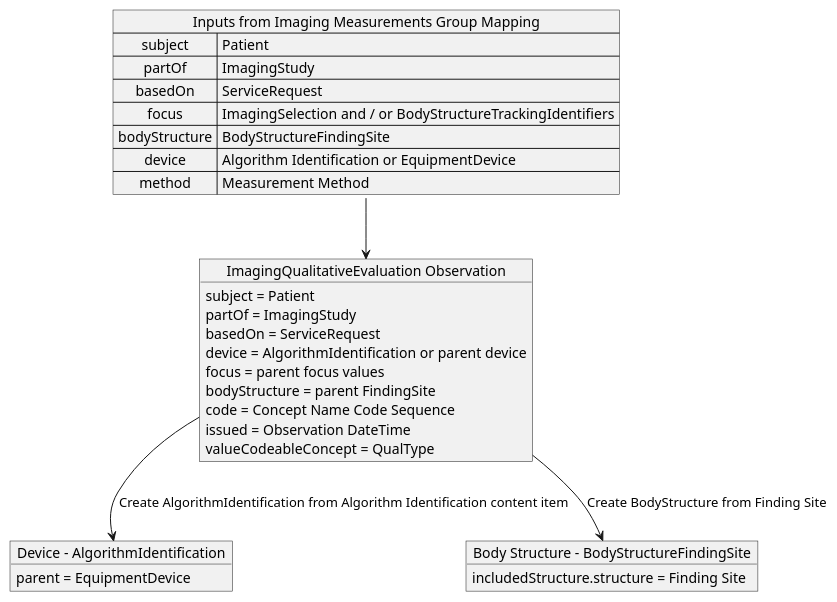
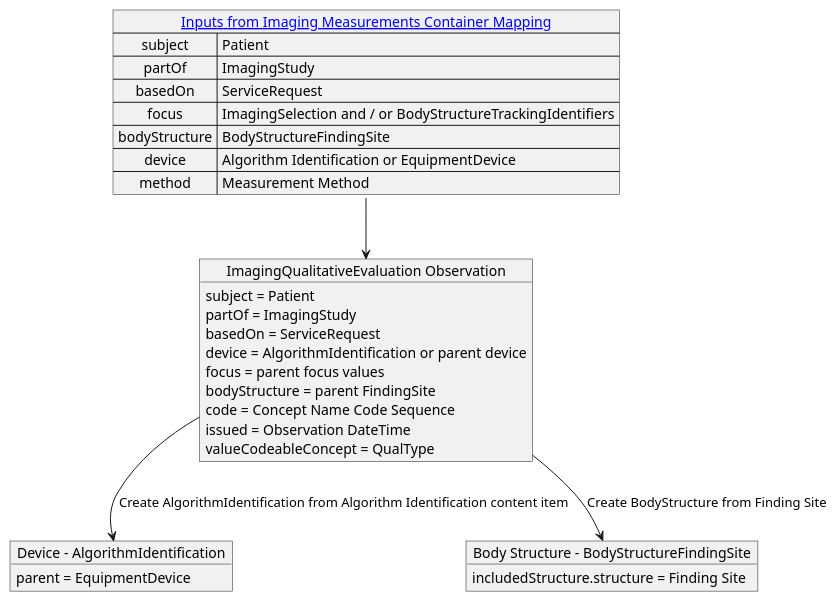
Before and after one commit to HL7/dicom-sr: the diagram in input/images-source/4_7_imaging_qualitative_evaluation_mapping.plantuml, drawn with PlantUML. The commit also changed 20 other files, not shown here.

Commit message:
FHIR-47480 - Complete fix of diagrams

```diff
--- a/input/images-source/4_7_imaging_qualitative_evaluation_mapping.plantuml
+++ b/input/images-source/4_7_imaging_qualitative_evaluation_mapping.plantuml
@@ -1,39 +1,39 @@
 @startuml imaging_qualitative_evaluation_mapping
 
-map "Inputs from Imaging Measurements Group Mapping" as inputs {
+map "[[mapping.html#imaging-measurements-container-mapping Inputs from Imaging Measurements Container Mapping]]" as inputs {
    subject => Patient
    partOf => ImagingStudy
    basedOn => ServiceRequest
    focus => ImagingSelection and / or BodyStructureTrackingIdentifiers
    bodyStructure => BodyStructureFindingSite
    device => Algorithm Identification or EquipmentDevice
    method => Measurement Method
 }
 
 object "Device - AlgorithmIdentification" as AlgorithmIdentification {
     parent = EquipmentDevice
 }
 
 object "Body Structure - BodyStructureFindingSite" as BodyStructureFindingSite {
     includedStructure.structure = Finding Site
 }
 
 object "ImagingQualitativeEvaluation Observation" as imagingQualitativeEvaluation {
     subject = Patient
     partOf = ImagingStudy
     basedOn = ServiceRequest
     device = AlgorithmIdentification or parent device
     focus = parent focus values
     bodyStructure = parent FindingSite
     code = Concept Name Code Sequence
     issued = Observation DateTime
     valueCodeableConcept = QualType
 }
 
 imagingQualitativeEvaluation --> AlgorithmIdentification: Create AlgorithmIdentification from Algorithm Identification content item
 imagingQualitativeEvaluation --> BodyStructureFindingSite: Create BodyStructure from Finding Site
 
 inputs --> imagingQualitativeEvaluation
 
 
 @enduml
```
